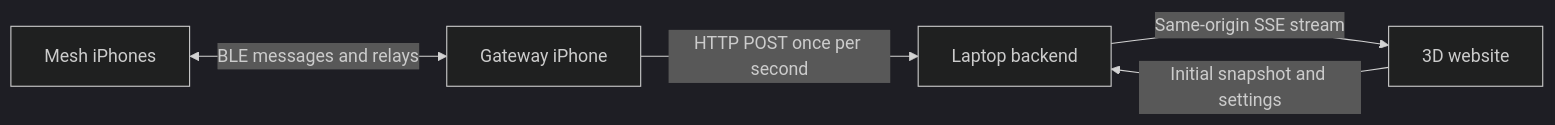
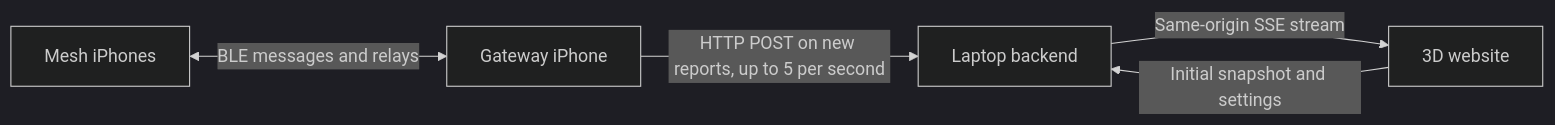
The diagram in WEBSITE_PLAN.md (Codydeev/Hackathonmapper), drawn with Mermaid (dark theme) before and after one commit. The commit also changed other lines of this file and 8 other files, not shown here.

````diff
--- a/WEBSITE_PLAN.md
+++ b/WEBSITE_PLAN.md
@@ -20,7 +20,7 @@
 ```mermaid
 flowchart LR
     A[Mesh iPhones] <-->|BLE messages and relays| G[Gateway iPhone]
-    G -->|HTTP POST once per second| S[Laptop backend]
+    G -->|HTTP POST on new reports, up to 5 per second| S[Laptop backend]
     S -->|Same-origin SSE stream| W[3D website]
     W -->|Initial snapshot and settings| S
 ```
````
